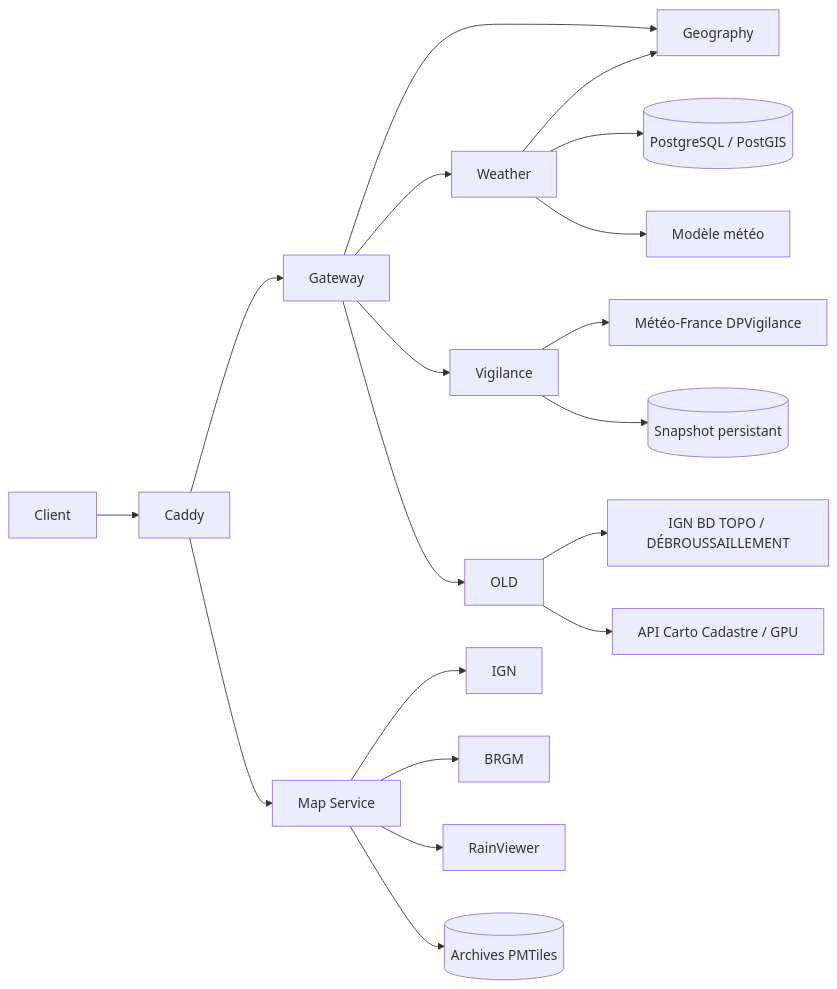
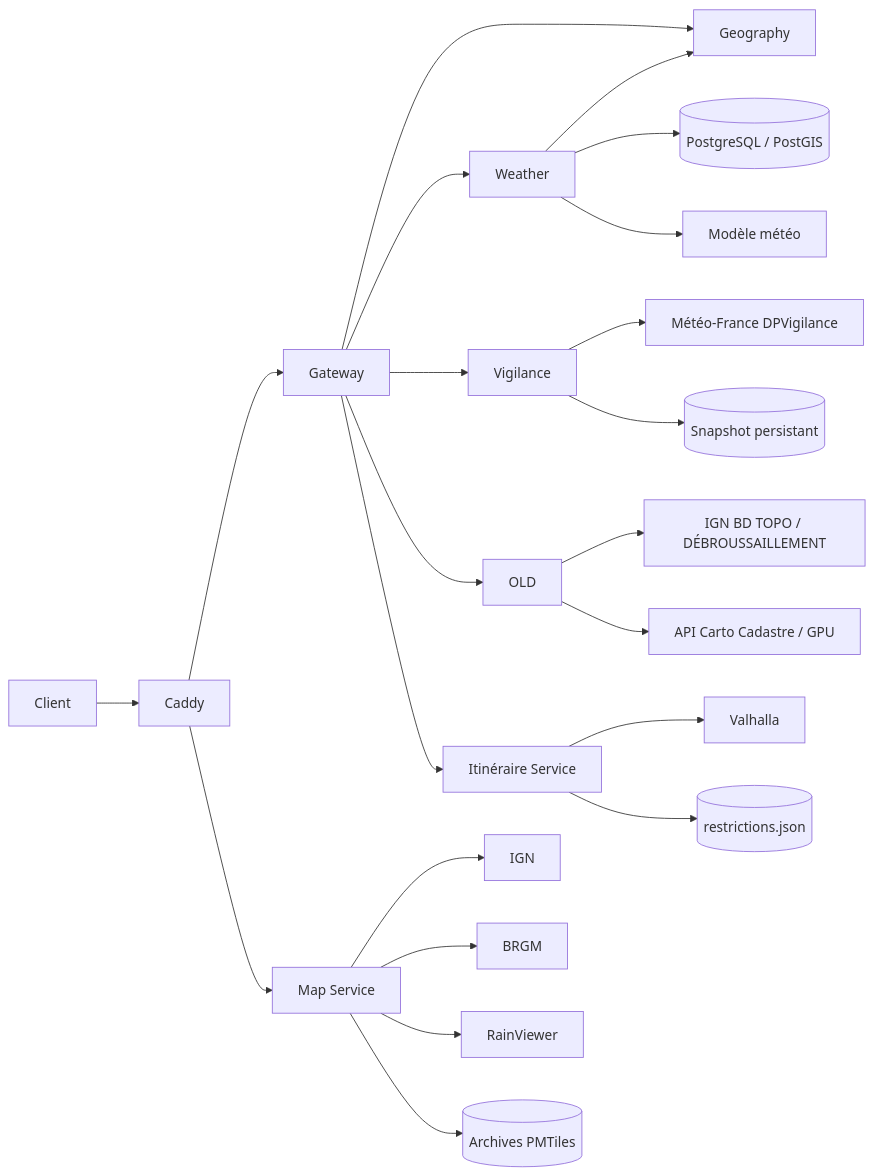
Before and after one commit to acastanet/opendataval: the diagram in doc/microservice/README.md, drawn with Mermaid. The commit also changed other lines of this file and 30 other files, not shown here.

First line of the commit message:
feat(itineraire): ajoute le calcul d'itinéraire poids lourd

````diff
--- a/doc/microservice/README.md
+++ b/doc/microservice/README.md
@@ -21,21 +22,24 @@
 ```mermaid
 flowchart LR
   Client --> Caddy
   Caddy --> Gateway
   Caddy --> Map[Map Service]
   Gateway --> Geography
   Gateway --> Weather
   Gateway --> Vigilance
   Gateway --> OLD
+  Gateway --> Itineraire[Itinéraire Service]
+  Itineraire --> Valhalla
+  Itineraire --> Restrictions[(restrictions.json)]
   Weather --> Geography
   Weather --> PostgreSQL[(PostgreSQL / PostGIS)]
   Weather --> Modele[Modèle météo]
   Vigilance --> MF[Météo-France DPVigilance]
   Vigilance --> Snapshot[(Snapshot persistant)]
   OLD --> IGNOLD[IGN BD TOPO / DÉBROUSSAILLEMENT]
   OLD --> APICarto[API Carto Cadastre / GPU]
   Map --> IGN[IGN]
   Map --> BRGM[BRGM]
   Map --> Radar[RainViewer]
   Map --> Relief[(Archives PMTiles)]
 ```
````
